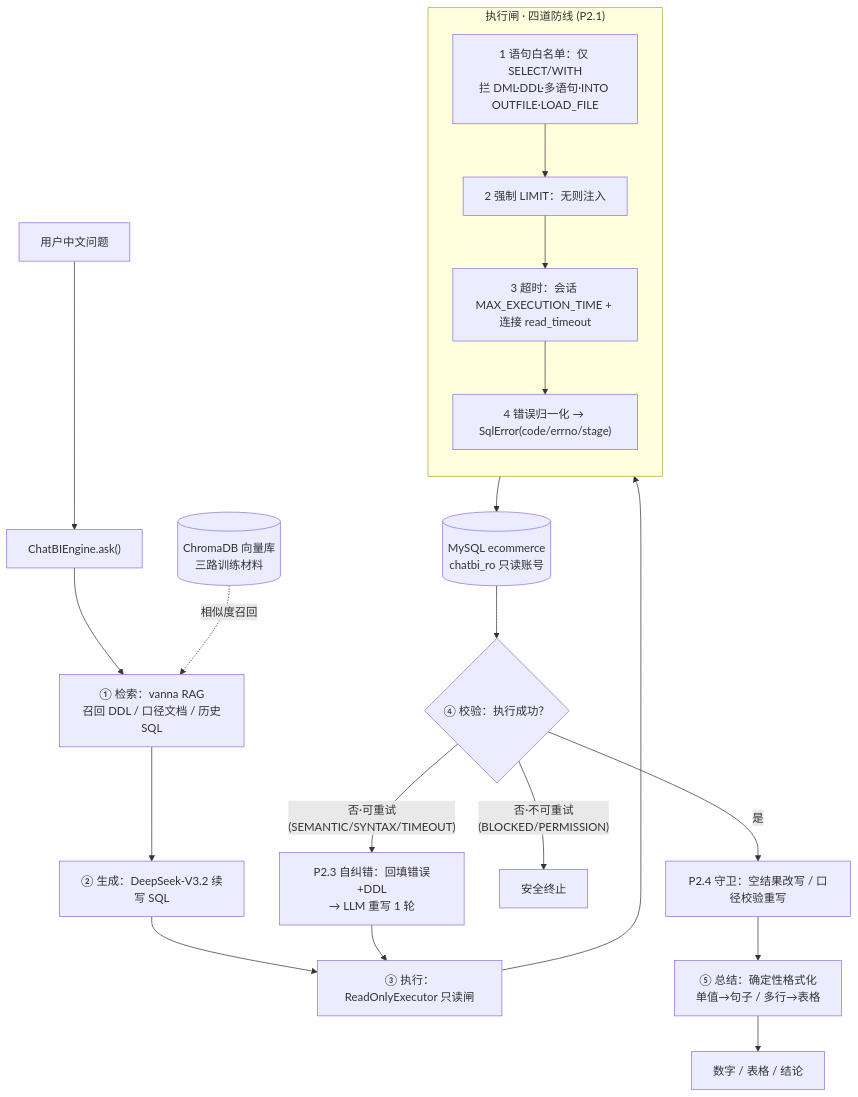
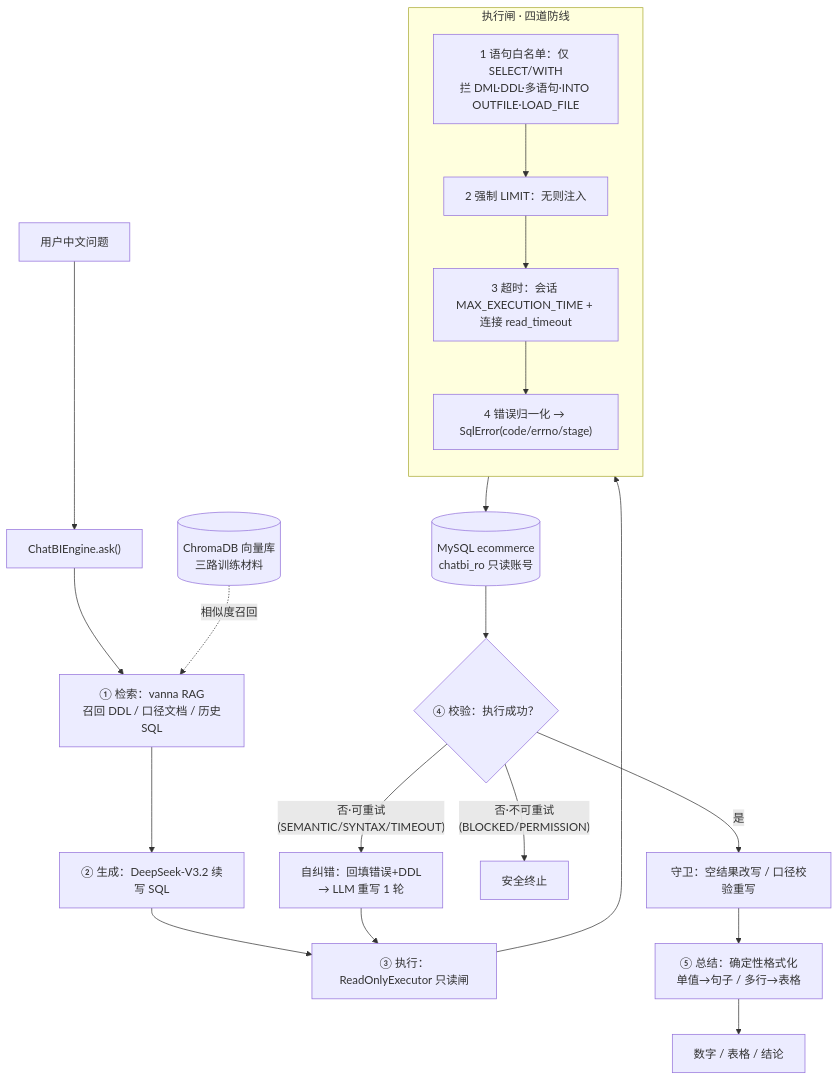
One commit to qiezikuai/olist-chatbi changed the diagram in README.md. Above: the diagram before and after it, drawn with Mermaid. The commit also changed other lines of this file and 30 other files, not shown here.

````diff
--- a/README.md
+++ b/README.md
@@ -15,26 +15,26 @@
 ```mermaid
 flowchart TD
     U["用户中文问题"] --> ASK["ChatBIEngine.ask()"]
     ASK --> RET["① 检索：vanna RAG<br/>召回 DDL / 口径文档 / 历史SQL"]
     CH[("ChromaDB 向量库<br/>三路训练材料")] -. 相似度召回 .-> RET
     RET --> GEN["② 生成：DeepSeek-V3.2 续写 SQL"]
     GEN --> EXE["③ 执行：ReadOnlyExecutor 只读闸"]
 
-    subgraph GUARD["执行闸 · 四道防线 (P2.1)"]
+    subgraph GUARD["执行闸 · 四道防线"]
         direction TB
         W["1 语句白名单：仅 SELECT/WITH<br/>拦 DML·DDL·多语句·INTO OUTFILE·LOAD_FILE"]
         W --> LM["2 强制 LIMIT：无则注入"]
         LM --> TO["3 超时：会话 MAX_EXECUTION_TIME + 连接 read_timeout"]
         TO --> NE["4 错误归一化 → SqlError(code/errno/stage)"]
     end
     EXE --> GUARD
     GUARD --> DB[("MySQL ecommerce<br/>chatbi_ro 只读账号")]
 
     DB --> CHK{"④ 校验：执行成功？"}
-    CHK -- "否·可重试<br/>(SEMANTIC/SYNTAX/TIMEOUT)" --> SC["P2.3 自纠错：回填错误+DDL<br/>→ LLM 重写 1 轮"]
+    CHK -- "否·可重试<br/>(SEMANTIC/SYNTAX/TIMEOUT)" --> SC["自纠错：回填错误+DDL<br/>→ LLM 重写 1 轮"]
     SC --> EXE
     CHK -- "否·不可重试<br/>(BLOCKED/PERMISSION)" --> FAIL["安全终止"]
-    CHK -- "是" --> G2["P2.4 守卫：空结果改写 / 口径校验重写"]
+    CHK -- "是" --> G2["守卫：空结果改写 / 口径校验重写"]
     G2 --> SUM["⑤ 总结：确定性格式化<br/>单值→句子 / 多行→表格"]
     SUM --> ANS["数字 / 表格 / 结论"]
 ```
````
